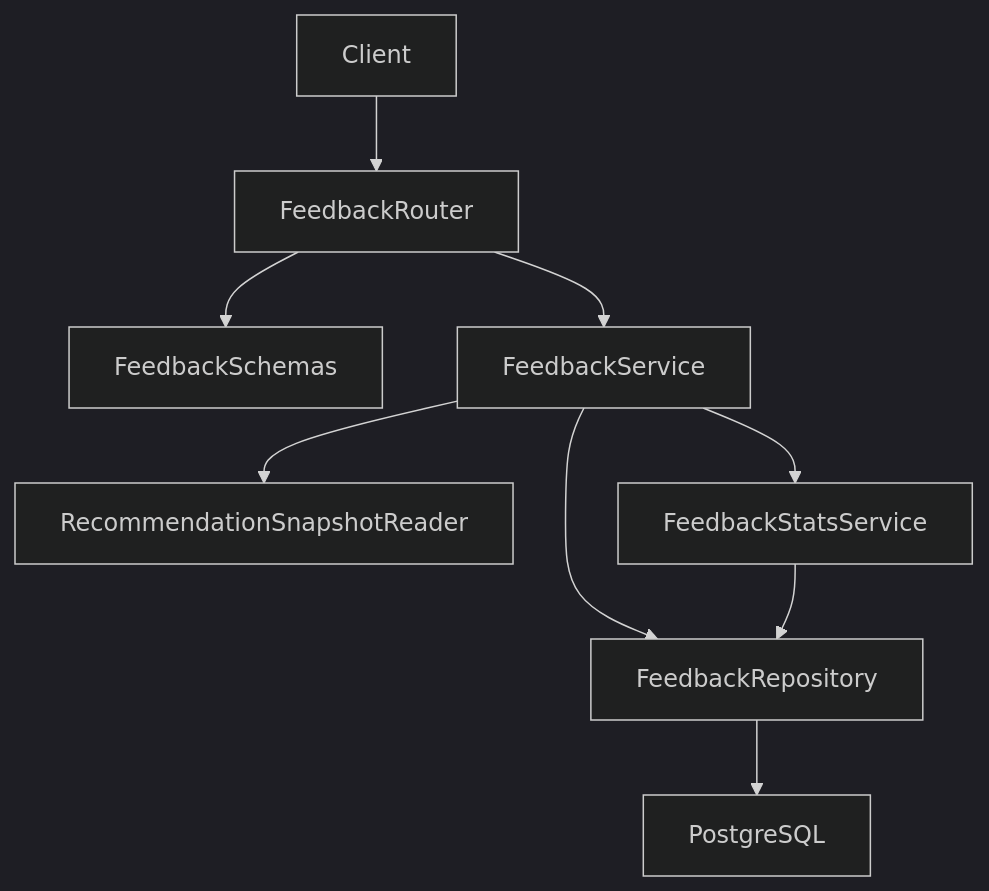
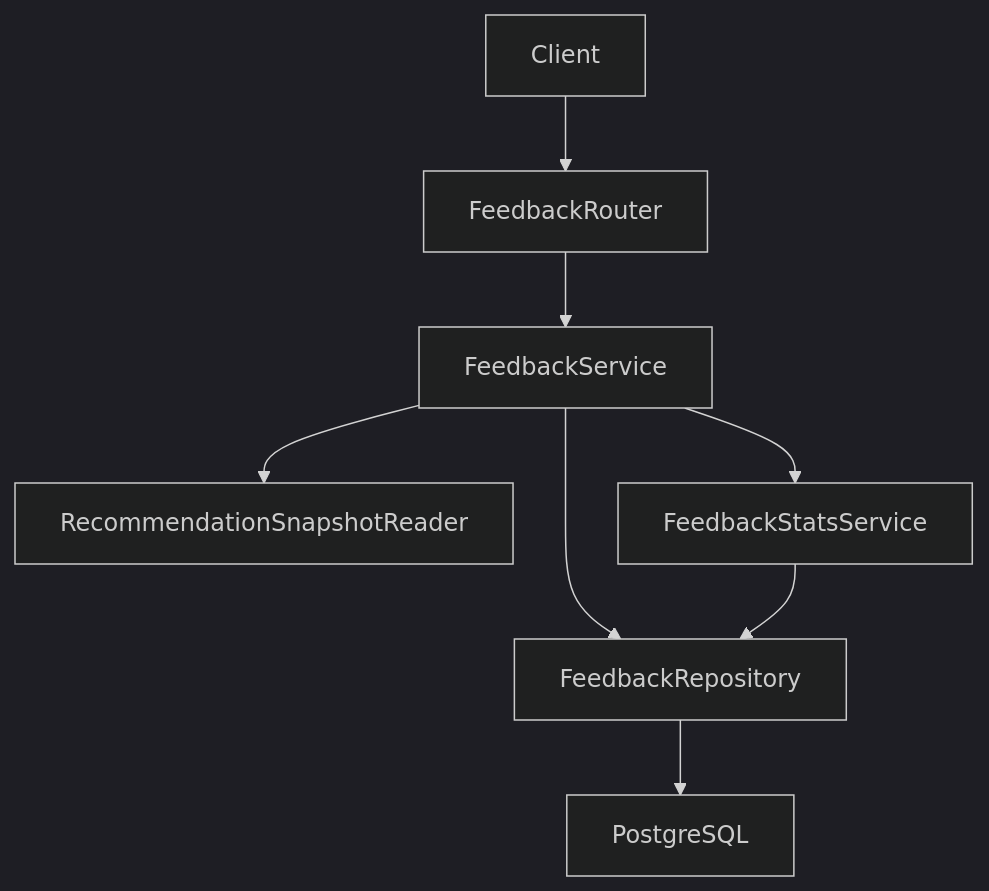
The first of 5 diagrams in .kiro/specs/recommendation-feedback/design.md (aierdong/a3-cbr), drawn with Mermaid (dark theme) before and after one commit. The commit also changed other lines of this file and 41 other files, not shown here.

````diff
--- a/.kiro/specs/recommendation-feedback/design.md
+++ b/.kiro/specs/recommendation-feedback/design.md
@@ -62,11 +62,10 @@
 ```mermaid
 flowchart TB
     Client[Client] --> Router[FeedbackRouter]
-    Router --> Schemas[FeedbackSchemas]
     Router --> Service[FeedbackService]
     Service --> Reader[RecommendationSnapshotReader]
     Service --> Repository[FeedbackRepository]
     Service --> Stats[FeedbackStatsService]
     Repository --> Database[PostgreSQL]
     Stats --> Repository
 ```
````
